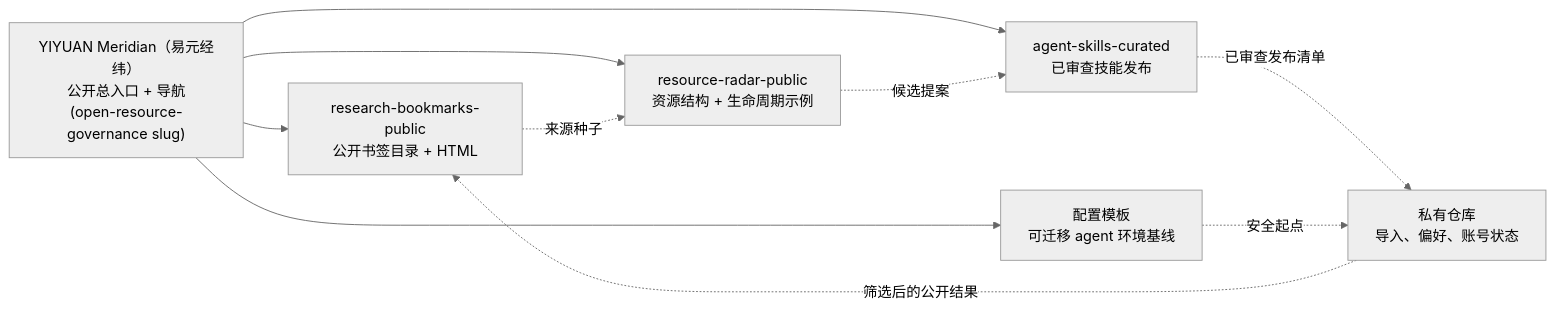
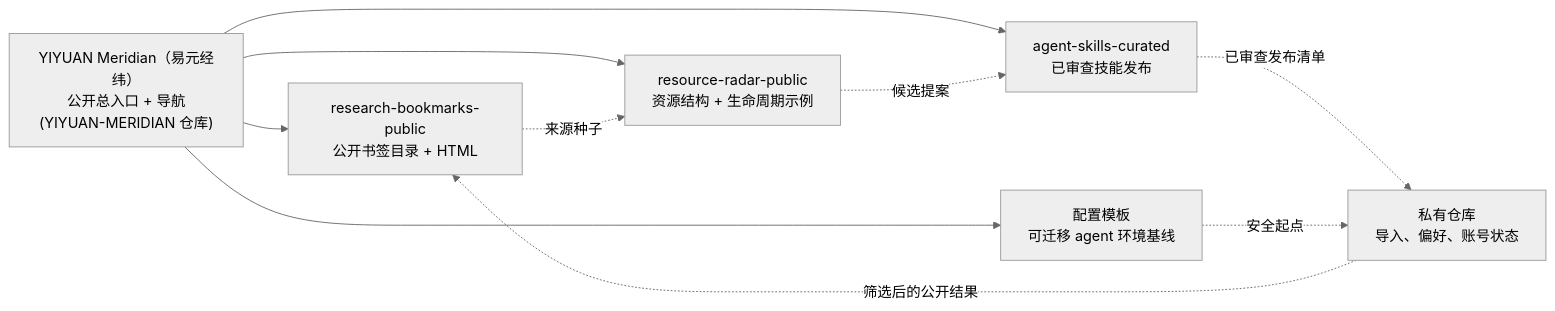
The diagram in README.zh-CN.md (yiheng8023/open-resource-governance), drawn with Mermaid (neutral theme) before and after one commit. The commit also changed other lines of this file and 1 other file, not shown here.

````diff
--- a/README.zh-CN.md
+++ b/README.zh-CN.md
@@ -79,19 +79,19 @@
 ```mermaid
 flowchart LR
-  hub["YIYUAN Meridian（易元经纬）<br/>公开总入口 + 导航<br/>(open-resource-governance slug)"]
+  hub["YIYUAN Meridian（易元经纬）<br/>公开总入口 + 导航<br/>(YIYUAN-MERIDIAN 仓库)"]
   bookmarks["research-bookmarks-public<br/>公开书签目录 + HTML"]
   radar["resource-radar-public<br/>资源结构 + 生命周期示例"]
   templates["配置模板<br/>可迁移 agent 环境基线"]
   private["私有仓库<br/>导入、偏好、账号状态"]
   skills["agent-skills-curated<br/>已审查技能发布"]
 
   hub --> bookmarks
   hub --> radar
   hub --> templates
   hub --> skills
   private -. "筛选后的公开结果" .-> bookmarks
   bookmarks -. "来源种子" .-> radar
   radar -. "候选提案" .-> skills
   skills -. "已审查发布清单" .-> private
   templates -. "安全起点" .-> private
 ```
````
